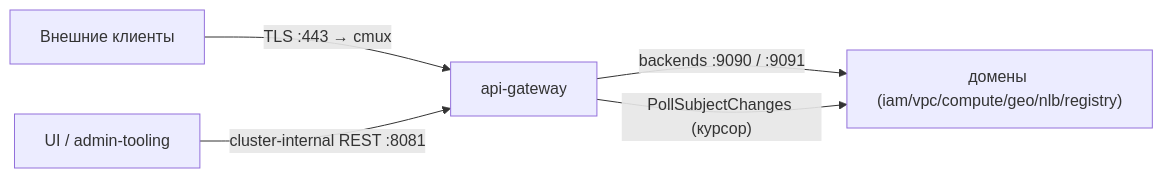
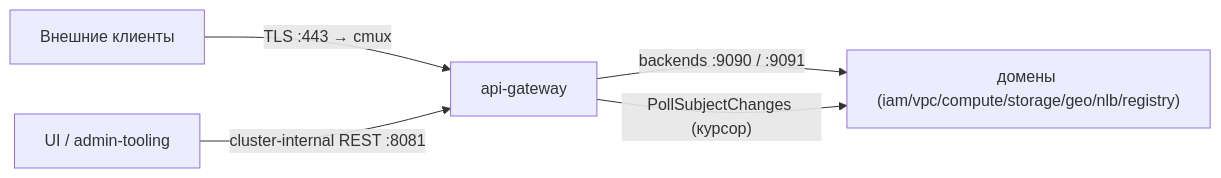
The diagram in gateway/docs/content/install/deploy.mdx (PRO-Robotech/kacho), drawn with Mermaid before and after one commit. The commit also changed 2 other files, not shown here.

Commit message:
#3213 docs(gateway): домен storage на страницах маршрутизации и конфигурации
Перечень допуска, таблицы адресов доменов и словарь рёбер mTLS называют
storage так же, как перечень допуска края и values чарта; схема рёбер
страницы развёртывания — тоже.

````diff
--- a/gateway/docs/content/install/deploy.mdx
+++ b/gateway/docs/content/install/deploy.mdx
@@ -71,7 +71,7 @@
 ```mermaid
 flowchart LR
   cli["Внешние клиенты"] -->|"TLS :443 → cmux"| agw["api-gateway"]
   ui["UI / admin-tooling"] -->|"cluster-internal REST :8081"| agw
-  agw -->|"backends :9090 / :9091"| dom["домены (iam/vpc/compute/geo/nlb/registry)"]
+  agw -->|"backends :9090 / :9091"| dom["домены (iam/vpc/compute/storage/geo/nlb/registry)"]
   agw -->|"PollSubjectChanges (курсор)"| dom
 ```
````
